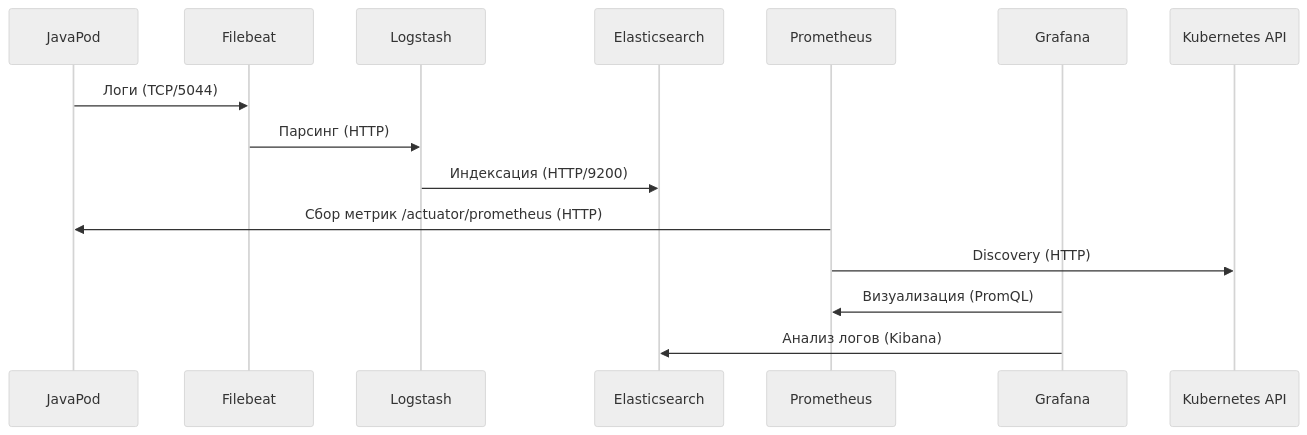
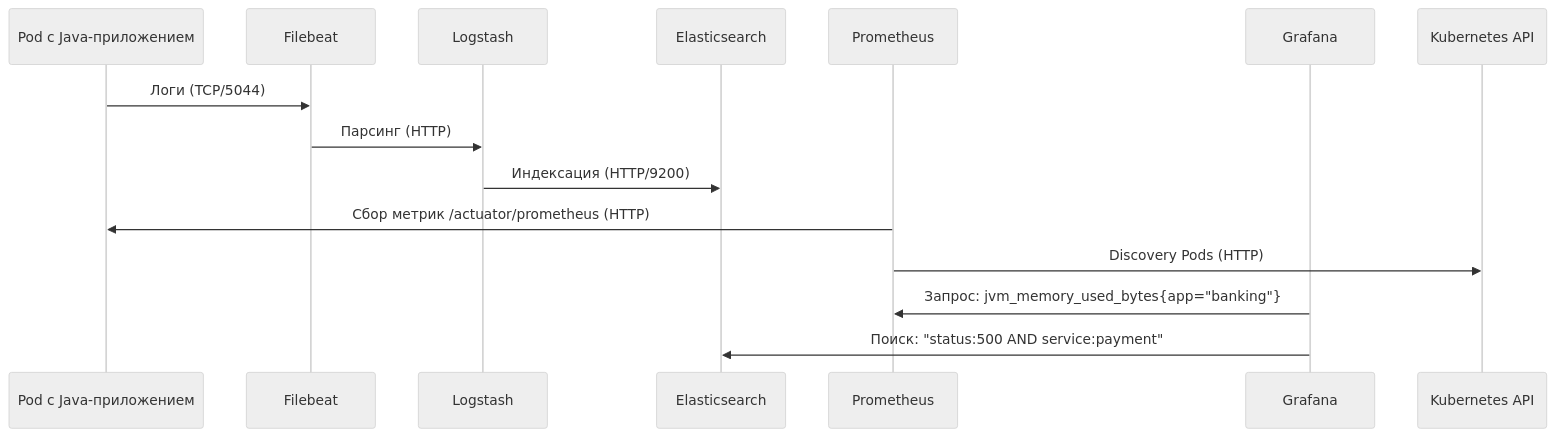
One commit to lamjob1993/linux-monitoring changed the fourth of 6 diagrams in Introduction_monitoring/README.md. Above: the diagram before and after it, drawn with Mermaid (neutral theme). The commit also changed other lines of this file, not shown here.

````diff
--- a/Introduction_monitoring/README.md
+++ b/Introduction_monitoring/README.md
@@ -154,17 +153,17 @@
 ```mermaid  
 sequenceDiagram  
-    participant JavaPod  
+    participant JavaPod as Pod с Java-приложением  
     participant Filebeat  
     participant Logstash  
     participant Elasticsearch  
     participant Prometheus  
     participant Grafana  
 
     JavaPod->>Filebeat: Логи (TCP/5044)  
     Filebeat->>Logstash: Парсинг (HTTP)  
     Logstash->>Elasticsearch: Индексация (HTTP/9200)  
     Prometheus->>JavaPod: Сбор метрик /actuator/prometheus (HTTP)  
-    Prometheus->>Kubernetes API: Discovery (HTTP)  
-    Grafana->>Prometheus: Визуализация (PromQL)  
-    Grafana->>Elasticsearch: Анализ логов (Kibana)  
+    Prometheus->>Kubernetes API: Discovery Pods (HTTP)  
+    Grafana->>Prometheus: Запрос: jvm_memory_used_bytes{app="banking"}  
+    Grafana->>Elasticsearch: Поиск: "status:500 AND service:payment"  
 ```  
````
